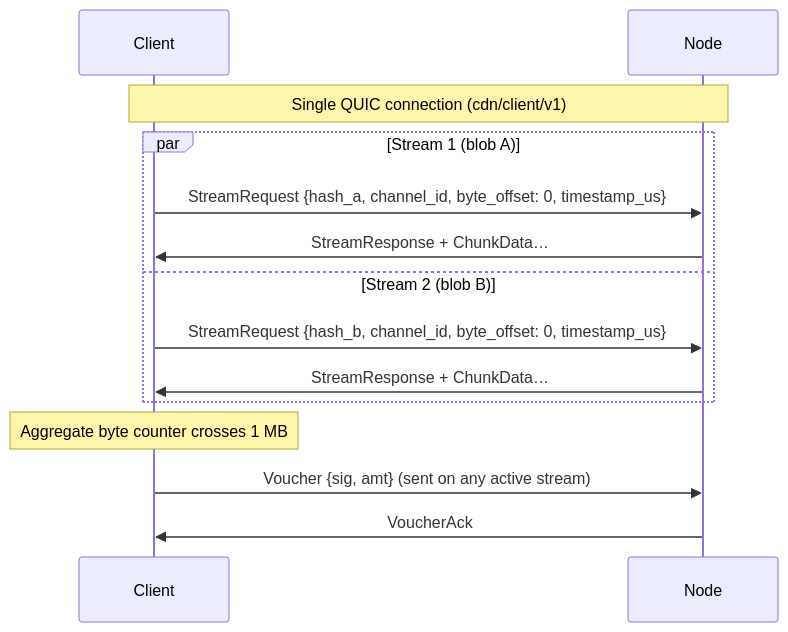
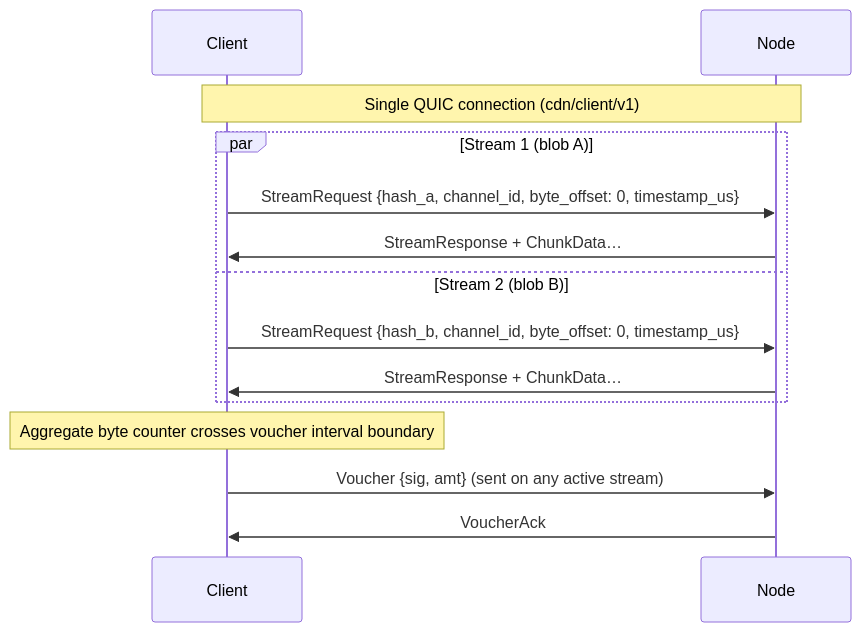
The fourth of 4 diagrams in adr/005-protocol.md (decdn/decdn), drawn with Mermaid before and after one commit. The commit also changed other lines of this file and 4 other files, not shown here.

````diff
--- a/adr/005-protocol.md
+++ b/adr/005-protocol.md
@@ -127,19 +129,19 @@
 ```mermaid
 sequenceDiagram
     participant C as Client
     participant N as Node
 
     Note over C,N: Single QUIC connection (cdn/client/v1)
 
     par Stream 1 (blob A)
         C->>N: StreamRequest {hash_a, channel_id, byte_offset: 0, timestamp_us}
         N->>C: StreamResponse + ChunkData…
     and Stream 2 (blob B)
         C->>N: StreamRequest {hash_b, channel_id, byte_offset: 0, timestamp_us}
         N->>C: StreamResponse + ChunkData…
     end
 
-    Note over C: Aggregate byte counter crosses 1 MB
+    Note over C: Aggregate byte counter crosses voucher interval boundary
     C->>N: Voucher {sig, amt} (sent on any active stream)
     N->>C: VoucherAck
 ```
````
